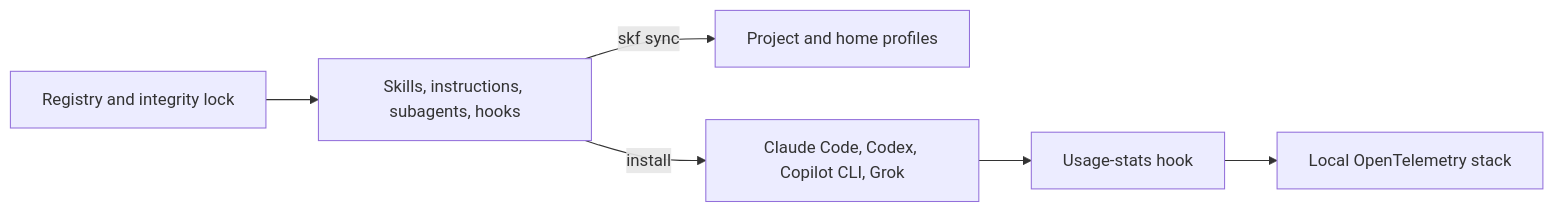
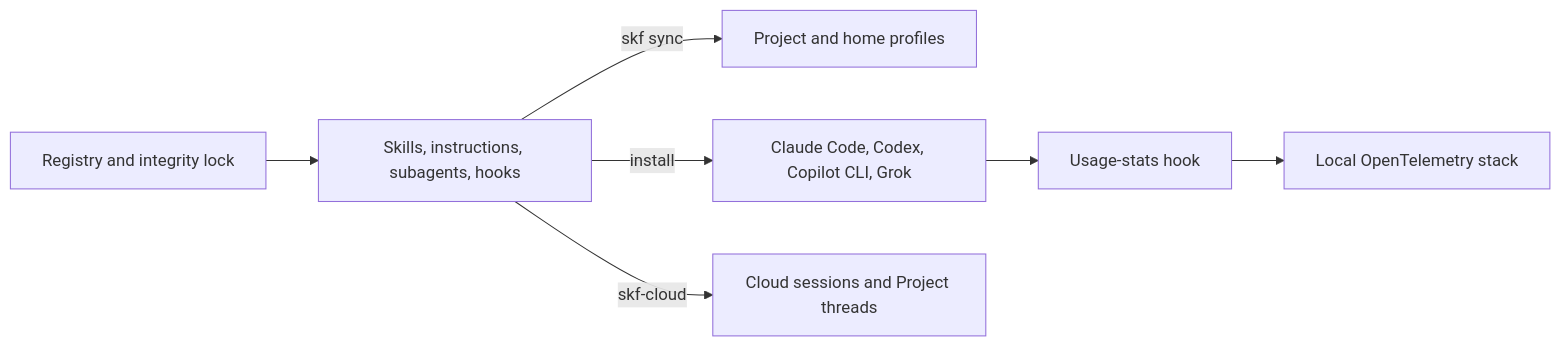
Before and after one commit to binartist/about-me: the diagram in src/en/products/skill_forge.md, drawn with Mermaid. The commit also changed other lines of this file and 4 other files, not shown here.

````diff
--- a/src/en/products/skill_forge.md
+++ b/src/en/products/skill_forge.md
@@ -12,8 +14,9 @@
 ```mermaid
 flowchart LR
   Registry[Registry and integrity lock] --> Inventory[Skills, instructions, subagents, hooks]
   Inventory -->|skf sync| Repos[Project and home profiles]
   Inventory -->|install| Tools[Claude Code, Codex, Copilot CLI, Grok]
+  Inventory -->|skf-cloud| Cloud[Cloud sessions and Project threads]
   Tools --> Stats[Usage-stats hook]
   Stats --> Otel[Local OpenTelemetry stack]
 ```
````
